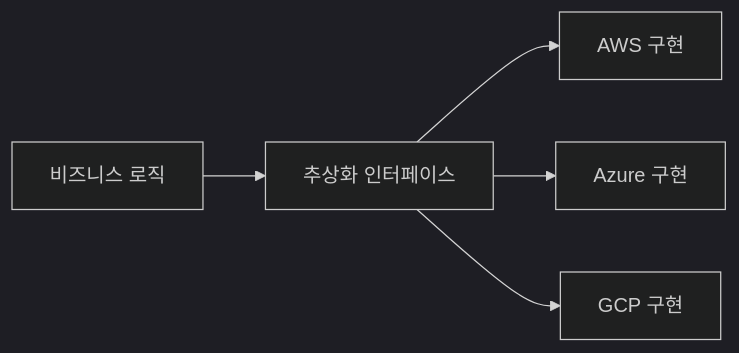
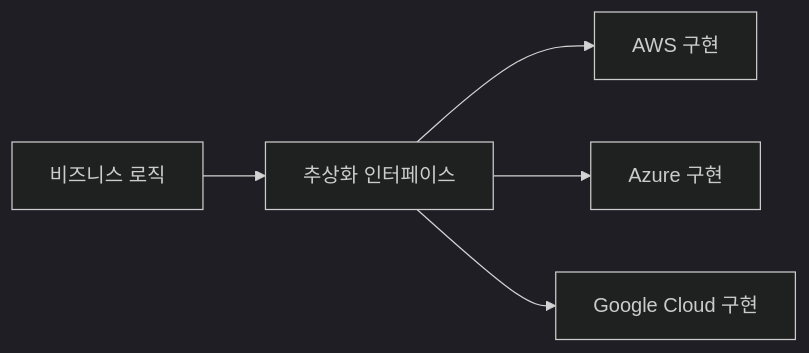
The diagram in governance/exit-strategy.md (cloudpickr/cloudpick-docs), drawn with Mermaid (dark theme) before and after one commit. The commit also changed other lines of this file and 68 other files, not shown here.

Commit message:
docs: standardize all GCP references to Google Cloud

````diff
--- a/governance/exit-strategy.md
+++ b/governance/exit-strategy.md
@@ -83,7 +83,7 @@
 ```mermaid
 graph LR
     A[비즈니스 로직] --> B[추상화 인터페이스]
     B --> C1[AWS 구현]
     B --> C2[Azure 구현]
-    B --> C3[GCP 구현]
+    B --> C3[Google Cloud 구현]
 ```
````
